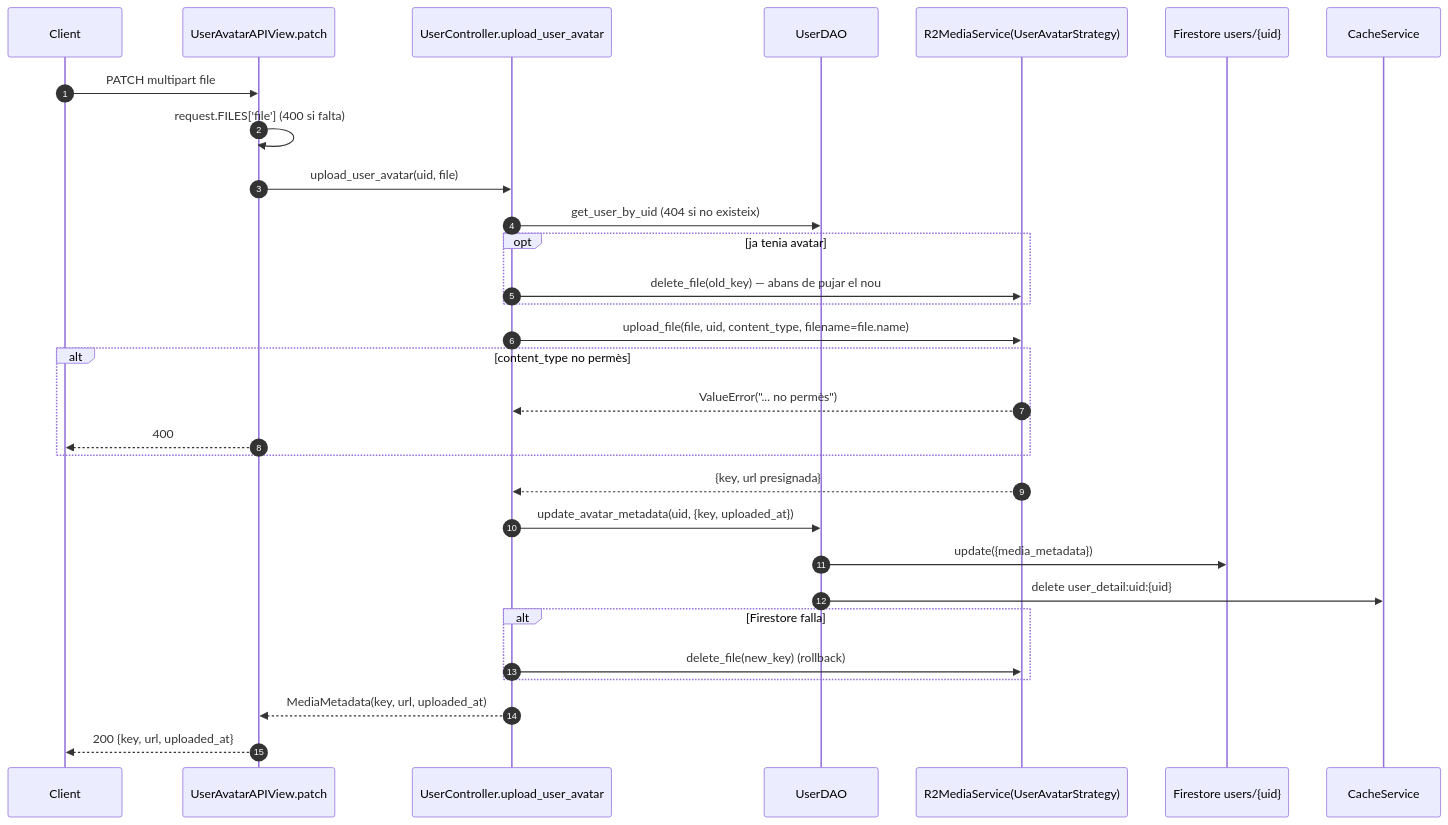
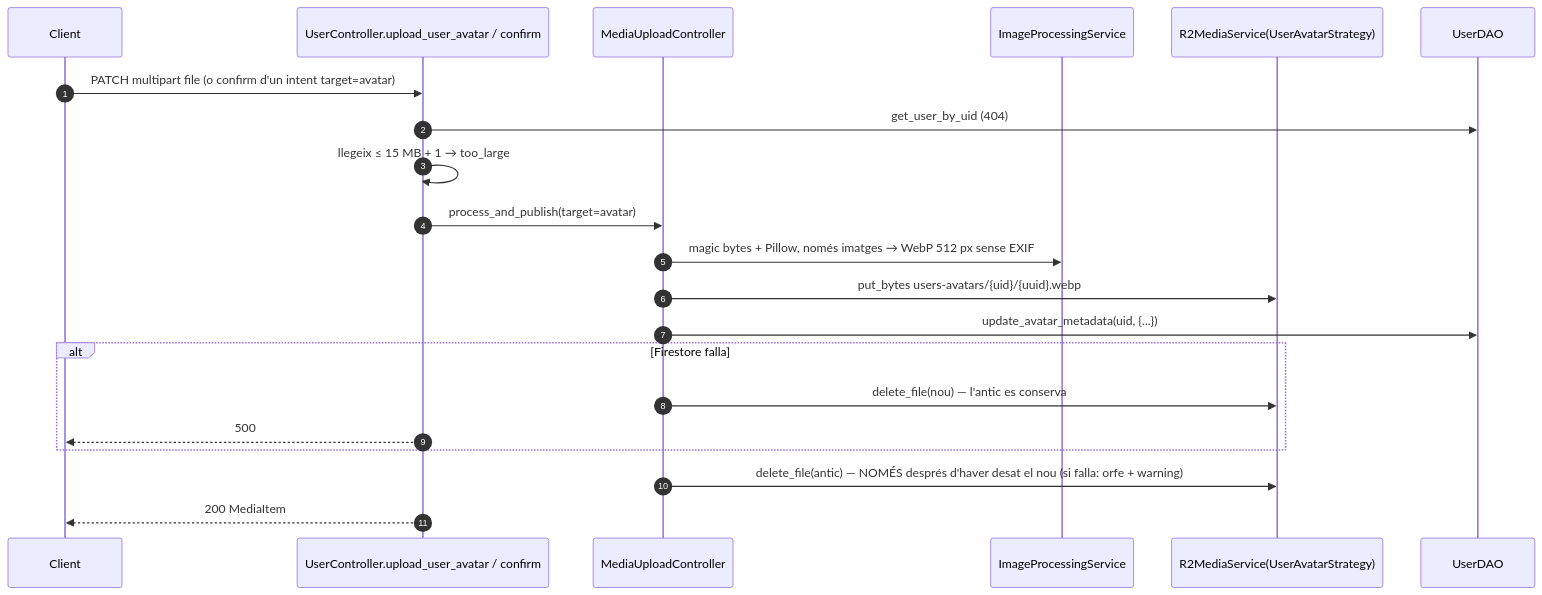
The diagram in docs/flows/02-user-avatar.md (jordirev/RefugisLliures_Backend), drawn with Mermaid before and after one commit. The commit also changed other lines of this file and 20 other files, not shown here.

````diff
--- a/docs/flows/02-user-avatar.md
+++ b/docs/flows/02-user-avatar.md
@@ -15,33 +16,24 @@
 ```mermaid
 sequenceDiagram
     autonumber
     participant C as Client
-    participant V as UserAvatarAPIView.patch
-    participant UC as UserController.upload_user_avatar
+    participant UC as UserController.upload_user_avatar / confirm
+    participant MC as MediaUploadController
+    participant IP as ImageProcessingService
+    participant R2 as R2MediaService(UserAvatarStrategy)
     participant D as UserDAO
-    participant R2 as R2MediaService(UserAvatarStrategy)
-    participant F as Firestore users/{uid}
-    participant K as CacheService
 
-    C->>V: PATCH multipart file
-    V->>V: request.FILES['file'] (400 si falta)
-    V->>UC: upload_user_avatar(uid, file)
-    UC->>D: get_user_by_uid (404 si no existeix)
-    opt ja tenia avatar
-        UC->>R2: delete_file(old_key) — abans de pujar el nou
+    C->>UC: PATCH multipart file (o confirm d'un intent target=avatar)
+    UC->>D: get_user_by_uid (404)
+    UC->>UC: llegeix ≤ 15 MB + 1 → too_large
+    UC->>MC: process_and_publish(target=avatar)
+    MC->>IP: magic bytes + Pillow, només imatges → WebP 512 px sense EXIF
+    MC->>R2: put_bytes users-avatars/{uid}/{uuid}.webp
+    MC->>D: update_avatar_metadata(uid, {...})
+    alt Firestore falla
+        MC->>R2: delete_file(nou) — l'antic es conserva
+        UC-->>C: 500
     end
-    UC->>R2: upload_file(file, uid, content_type, filename=file.name)
-    alt content_type no permès
-        R2-->>UC: ValueError("... no permès")
-        V-->>C: 400
-    end
-    R2-->>UC: {key, url presignada}
-    UC->>D: update_avatar_metadata(uid, {key, uploaded_at})
-    D->>F: update({media_metadata})
-    D->>K: delete user_detail:uid:{uid}
-    alt Firestore falla
-        UC->>R2: delete_file(new_key) (rollback)
-    end
-    UC-->>V: MediaMetadata(key, url, uploaded_at)
-    V-->>C: 200 {key, url, uploaded_at}
+    MC->>R2: delete_file(antic) — NOMÉS després d'haver desat el nou (si falla: orfe + warning)
+    UC-->>C: 200 MediaItem
 ```
````
